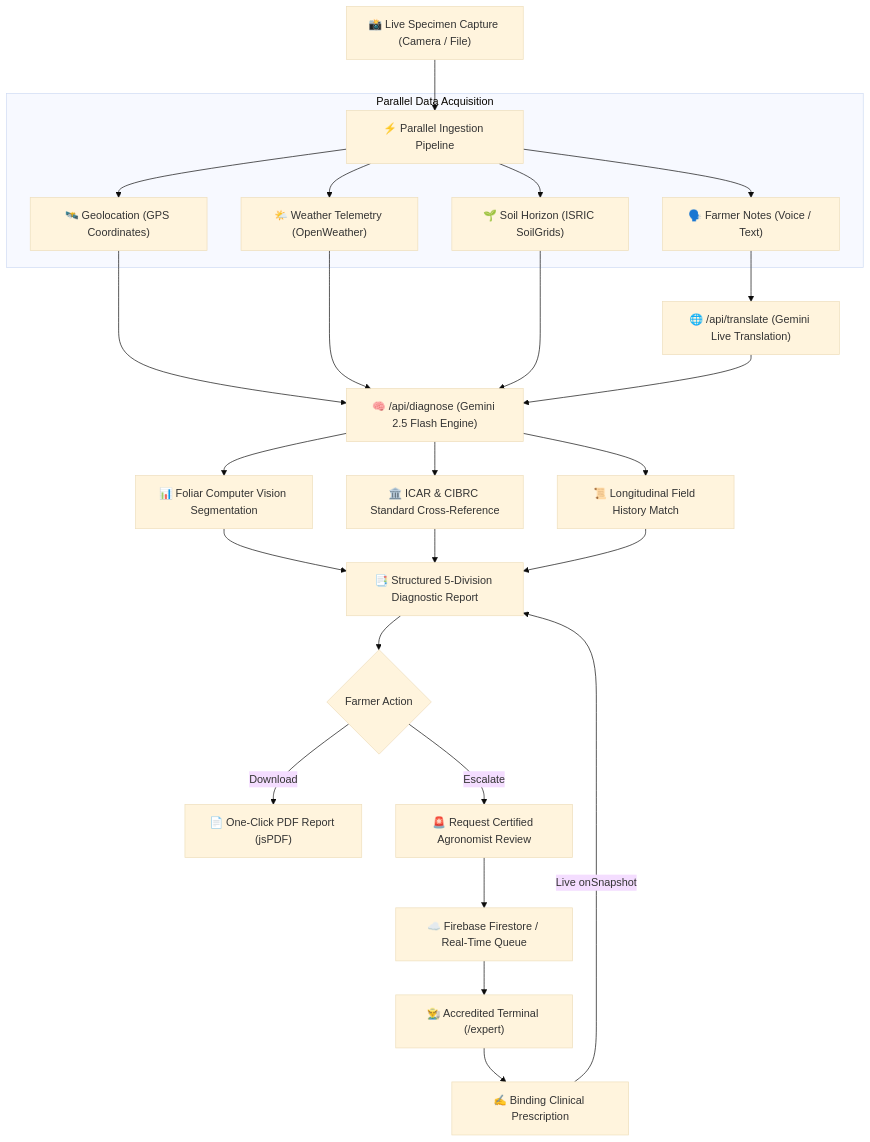
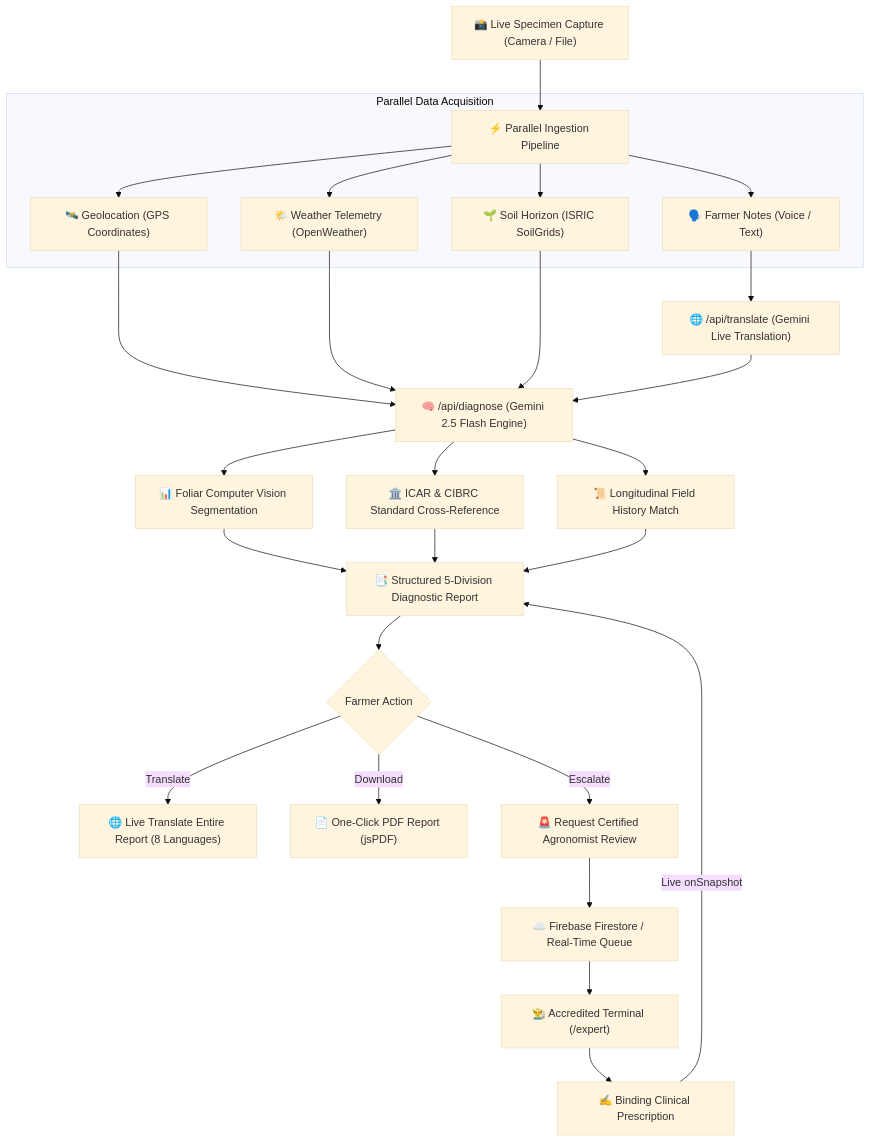
One commit to soumith-64/Cultio changed the diagram in README.md. Above: the diagram before and after it, drawn with Mermaid (base theme). The commit also changed other lines of this file and 9 other files, not shown here.

Commit message:
feat: live full-report translation, dual-tab auth, demo expert credentials, and strict farmer role isolation

````diff
--- a/README.md
+++ b/README.md
@@ -136,30 +166,31 @@
 ```mermaid
 flowchart TD
     A["📸 Live Specimen Capture (Camera / File)"] --> B["⚡ Parallel Ingestion Pipeline"]
     
     subgraph Ingestion["Parallel Data Acquisition"]
         B --> C["🛰️ Geolocation (GPS Coordinates)"]
         B --> D["🌤️ Weather Telemetry (OpenWeather)"]
         B --> E["🌱 Soil Horizon (ISRIC SoilGrids)"]
         B --> F["🗣️ Farmer Notes (Voice / Text)"]
     end
     
     F --> G["🌐 /api/translate (Gemini Live Translation)"]
     
     C & D & E & G --> H["🧠 /api/diagnose (Gemini 2.5 Flash Engine)"]
     
     H --> I["📊 Foliar Computer Vision Segmentation"]
     H --> J["🏛️ ICAR & CIBRC Standard Cross-Reference"]
     H --> K["📜 Longitudinal Field History Match"]
     
     I & J & K --> L["📑 Structured 5-Division Diagnostic Report"]
     
     L --> M{"Farmer Action"}
+    M -->|Translate| T["🌐 Live Translate Entire Report (8 Languages)"]
     M -->|Download| N["📄 One-Click PDF Report (jsPDF)"]
     M -->|Escalate| O["🚨 Request Certified Agronomist Review"]
     
     O --> P["☁️ Firebase Firestore / Real-Time Queue"]
     P --> Q["👨‍🌾 Accredited Terminal (/expert)"]
     Q --> R["✍️ Binding Clinical Prescription"]
     R -->|Live onSnapshot| L
 ```
````
